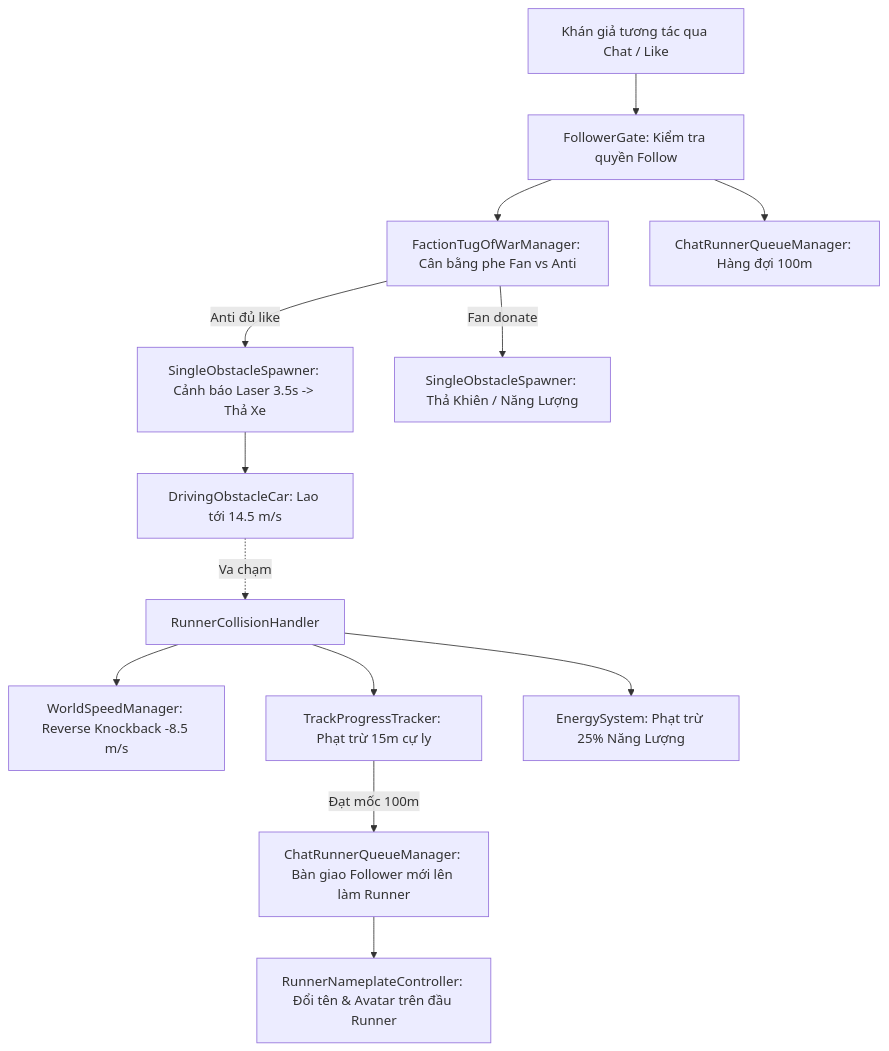
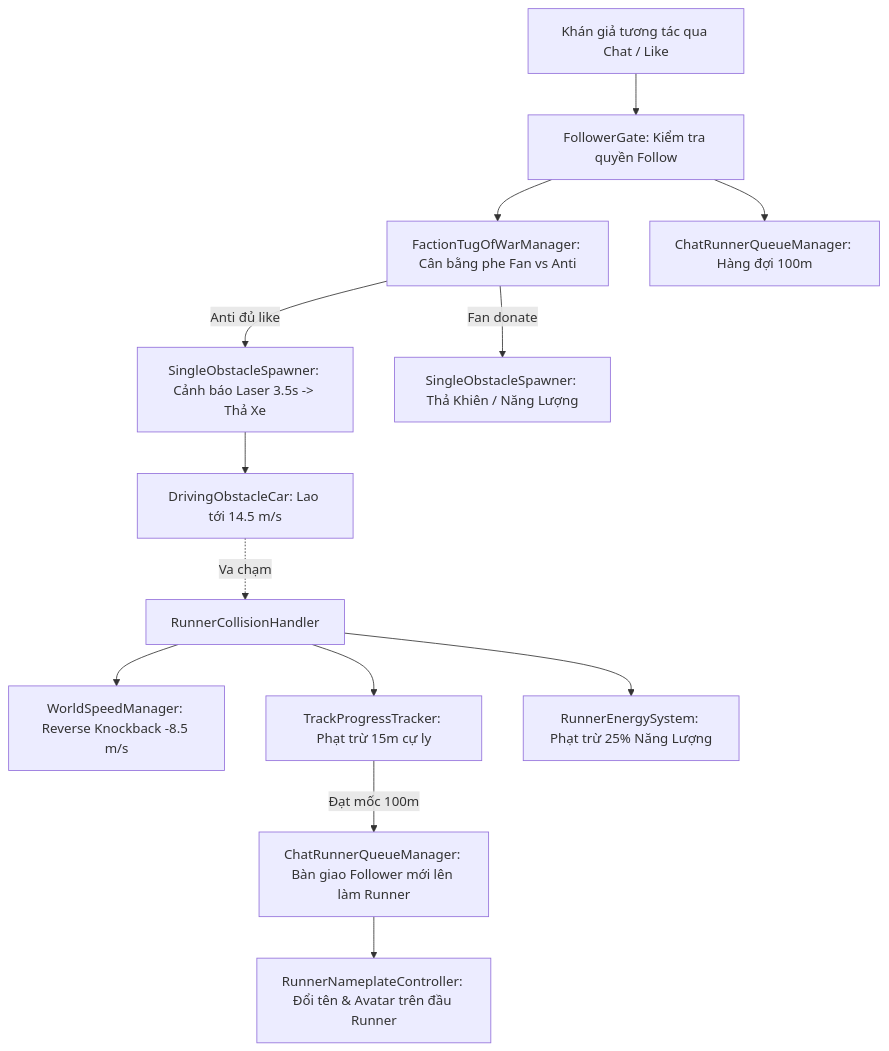
The diagram in Assets/_Project/Scripts/README.md (amazing-intern-fall-2026/StreamRushLive_Team-2_Game), drawn with Mermaid before and after one commit. The commit also changed other lines of this file and 11 other files, not shown here.

First line of the commit message:
refactor(core): decouple faction energy architecture and clean runner relay

````diff
--- a/Assets/_Project/Scripts/README.md
+++ b/Assets/_Project/Scripts/README.md
@@ -110,19 +111,19 @@
 ```mermaid
 flowchart TD
     Viewer["Khán giả tương tác qua Chat / Like"] --> Gate["FollowerGate: Kiểm tra quyền Follow"]
     Gate --> TugOfWar["FactionTugOfWarManager: Cân bằng phe Fan vs Anti"]
     Gate --> Queue["ChatRunnerQueueManager: Hàng đợi 100m"]
     
     TugOfWar -- "Anti đủ like" --> CarSpawn["SingleObstacleSpawner: Cảnh báo Laser 3.5s -> Thả Xe"]
     TugOfWar -- "Fan donate" --> ItemSpawn["SingleObstacleSpawner: Thả Khiên / Năng Lượng"]
     
     CarSpawn --> Car["DrivingObstacleCar: Lao tới 14.5 m/s"]
     Car -. "Va chạm" .-> Collision["RunnerCollisionHandler"]
     
     Collision --> Speed["WorldSpeedManager: Reverse Knockback -8.5 m/s"]
     Collision --> Tracker["TrackProgressTracker: Phạt trừ 15m cự ly"]
-    Collision --> Energy["EnergySystem: Phạt trừ 25% Năng Lượng"]
+    Collision --> Energy["RunnerEnergySystem: Phạt trừ 25% Năng Lượng"]
     
     Tracker -- "Đạt mốc 100m" --> Handover["ChatRunnerQueueManager: Bàn giao Follower mới lên làm Runner"]
     Handover --> Nameplate["RunnerNameplateController: Đổi tên & Avatar trên đầu Runner"]
 ```
````
